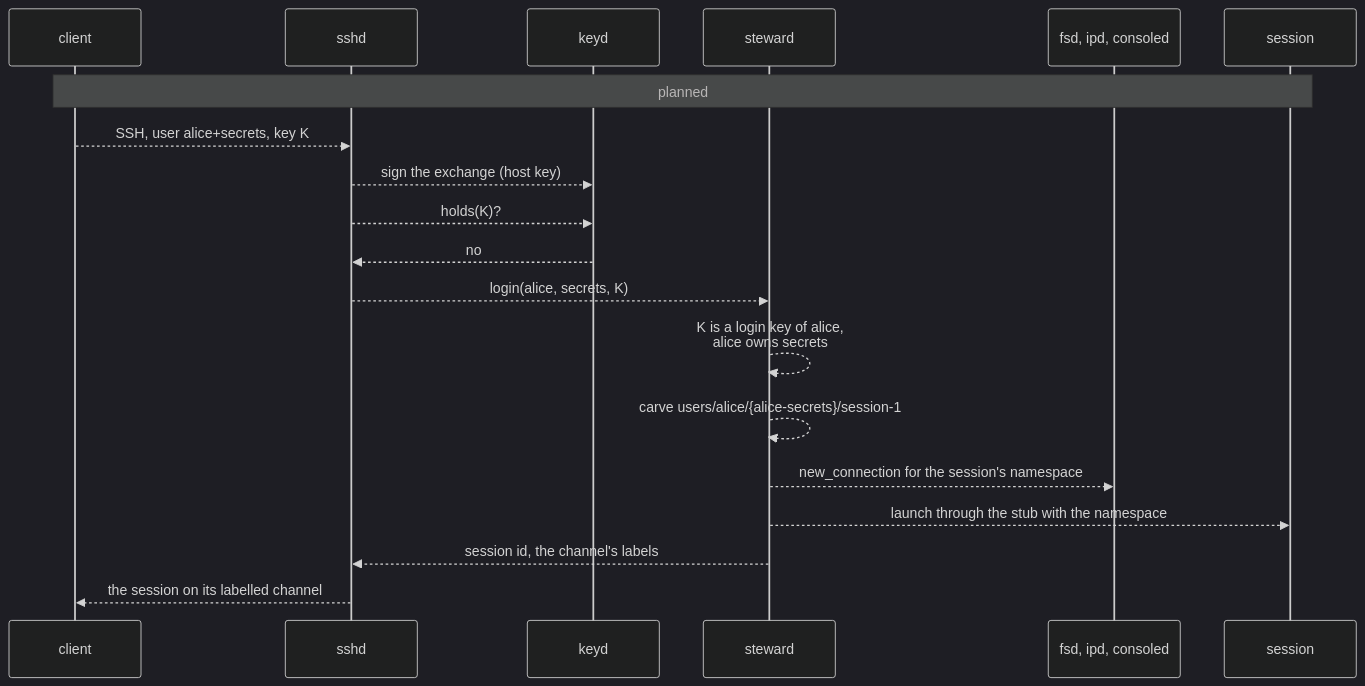
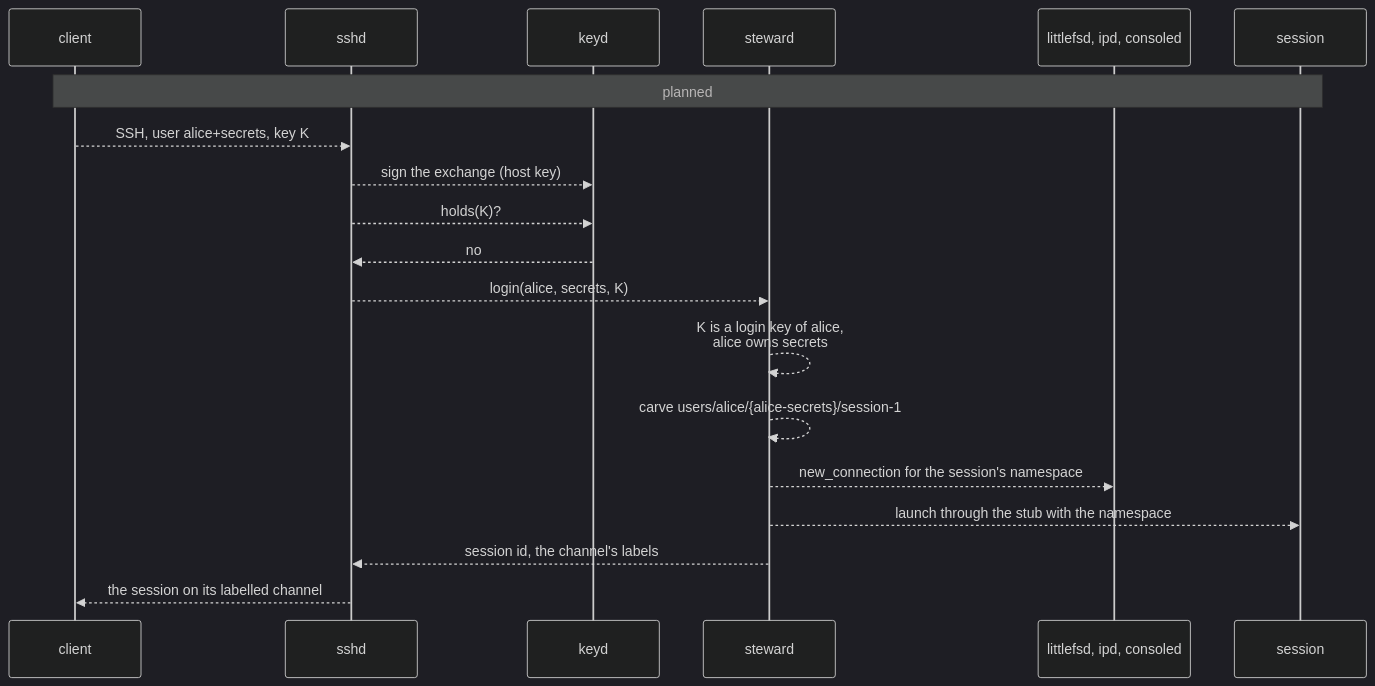
One commit to sirmick/redoubt changed the first of 3 diagrams in docs/servers/steward.md. Above: the diagram before and after it, drawn with Mermaid (dark theme). The commit also changed other lines of this file and 25 other files, not shown here.

````diff
--- a/docs/servers/steward.md
+++ b/docs/servers/steward.md
@@ -396,21 +396,21 @@
 ```mermaid
 sequenceDiagram
     participant C as client
     participant SH as sshd
     participant KD as keyd
     participant ST as steward
-    participant F as fsd, ipd, consoled
+    participant F as littlefsd, ipd, consoled
     participant S as session
     Note over C,S: planned
     C-->>SH: SSH, user alice+secrets, key K
     SH-->>KD: sign the exchange (host key)
     SH-->>KD: holds(K)?
     KD-->>SH: no
     SH-->>ST: login(alice, secrets, K)
     ST-->>ST: K is a login key of alice,<br/>alice owns secrets
     ST-->>ST: carve users/alice/{alice-secrets}/session-1
     ST-->>F: new_connection for the session's namespace
     ST-->>S: launch through the stub with the namespace
     ST-->>SH: session id, the channel's labels
     SH-->>C: the session on its labelled channel
 ```
````
